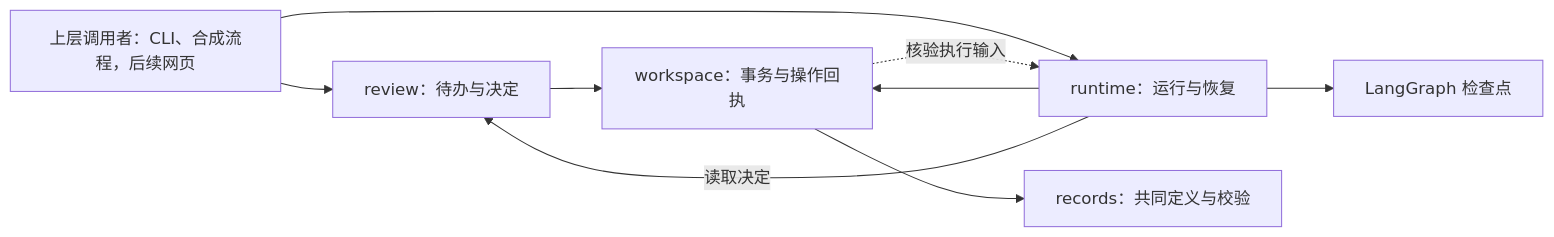
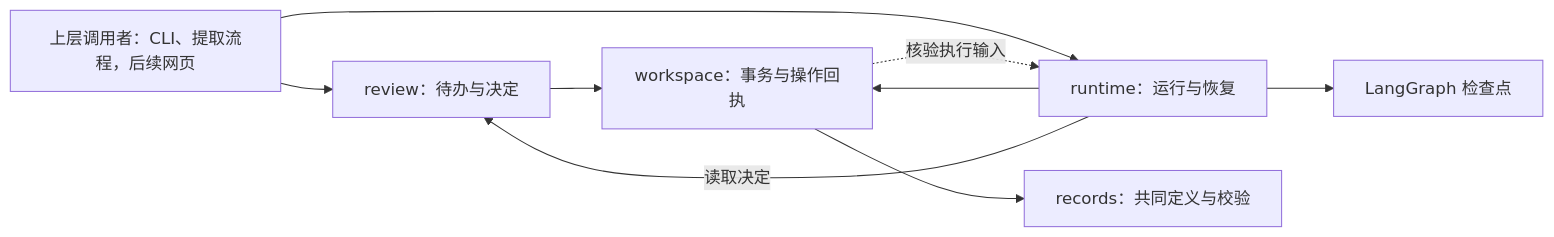
The diagram in docs/design/architecture.md (zhang2023-byte/hvs-catalog), drawn with Mermaid before and after one commit. The commit also changed other lines of this file and 19 other files, not shown here.

````diff
--- a/docs/design/architecture.md
+++ b/docs/design/architecture.md
@@ -155,11 +155,11 @@
 ```mermaid
 flowchart LR
-    C[上层调用者：CLI、合成流程，后续网页] --> Q[review：待办与决定]
+    C[上层调用者：CLI、提取流程，后续网页] --> Q[review：待办与决定]
     C --> R[runtime：运行与恢复]
     Q --> W[workspace：事务与操作回执]
     R --> W
     R -->|读取决定| Q
     W -.->|核验执行输入| R
     R --> G[LangGraph 检查点]
     W --> D[records：共同定义与校验]
 ```
````
